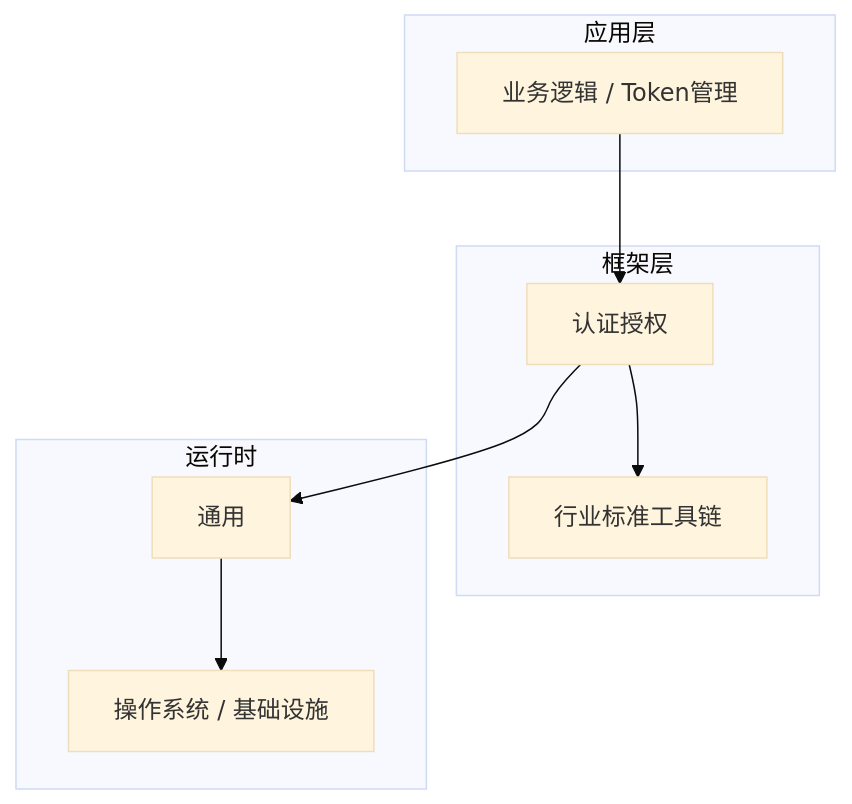
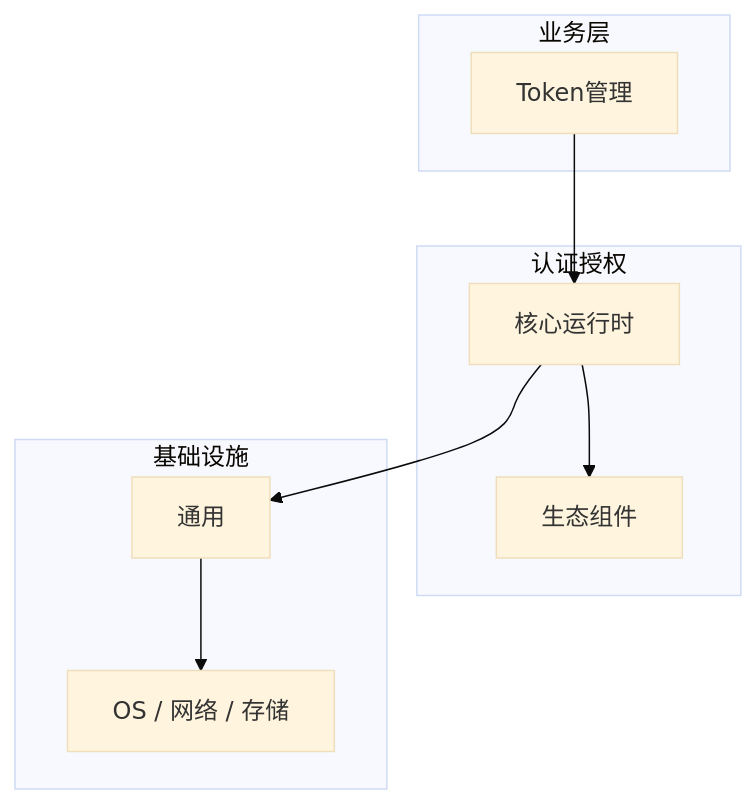
One commit to yanggan2015/knowledge-json-v2 changed the diagram in articles/认证授权/chapters/061-Token管理核心概念与原理.md. Above: the diagram before and after it, drawn with Mermaid (base theme). The commit also changed other lines of this file and 10127 other files, not shown here.

````diff
--- a/articles/认证授权/chapters/061-Token管理核心概念与原理.md
+++ b/articles/认证授权/chapters/061-Token管理核心概念与原理.md
@@ -45,18 +34,18 @@
 ```mermaid
 graph TB
-    subgraph 应用层
-        A[业务逻辑 / Token管理]
+    subgraph 业务层
+        A[Token管理]
     end
-    subgraph 框架层
-        B[认证授权]
-        C[行业标准工具链]
+    subgraph 认证授权
+        B[核心运行时]
+        C[生态组件]
     end
-    subgraph 运行时
+    subgraph 基础设施
         D[通用]
-        E[操作系统 / 基础设施]
+        E[OS / 网络 / 存储]
     end
     A --> B
     B --> C
     B --> D
     D --> E
 ```
````
